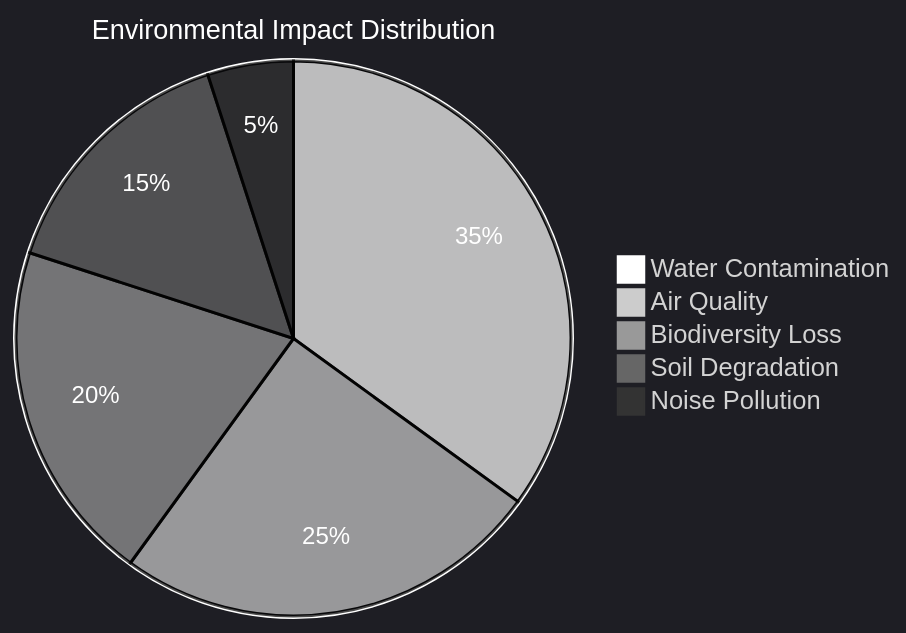
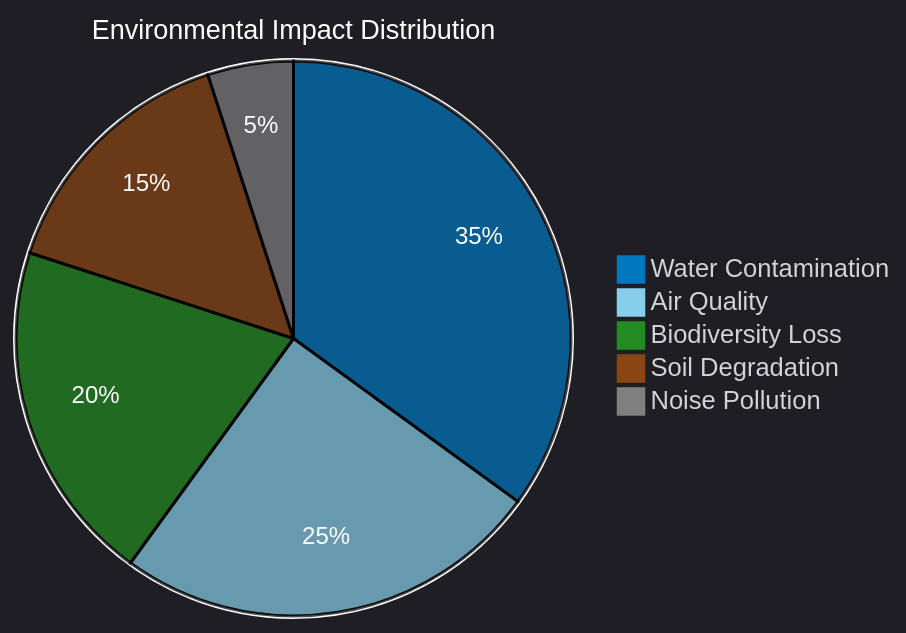
The third of 11 diagrams in README.md (Ping-2o/daryn), drawn with Mermaid before and after one commit. The commit also changed other lines of this file, not shown here.

Commit message:
Update mermaid chart themes in README

````diff
--- a/README.md
+++ b/README.md
@@ -231,9 +231,25 @@
 ```mermaid
-%%{init: {'theme':'dark', 'themeVariables': {'pie1':'#ffffff', 'pie2':'#cccccc', 'pie3':'#999999', 'pie4':'#666666', 'pie5':'#333333', 'pieTitleTextSize':'18px', 'pieTitleTextColor':'#ffffff', 'pieSectionTextSize':'16px', 'pieSectionTextColor':'#ffffff', 'pieOuterStrokeWidth':'2px', 'pieOuterStrokeColor':'#ffffff'}}}%%
+%%{init: {
+  'theme':'dark', 
+  'themeVariables': {
+    'pie1':'#0077be', 
+    'pie2':'#87CEEB', 
+    'pie3':'#228B22', 
+    'pie4':'#8B4513', 
+    'pie5':'#808080',
+    'pieTitleTextSize':'18px', 
+    'pieTitleTextColor':'#ffffff', 
+    'pieSectionTextSize':'16px', 
+    'pieSectionTextColor':'#ffffff', 
+    'pieOuterStrokeWidth':'2px', 
+    'pieOuterStrokeColor':'#ffffff'
+  }
+}}%%
 pie title Environmental Impact Distribution
     "Water Contamination" : 35
     "Air Quality" : 25
     "Biodiversity Loss" : 20
     "Soil Degradation" : 15
     "Noise Pollution" : 5
+
 ```
````
